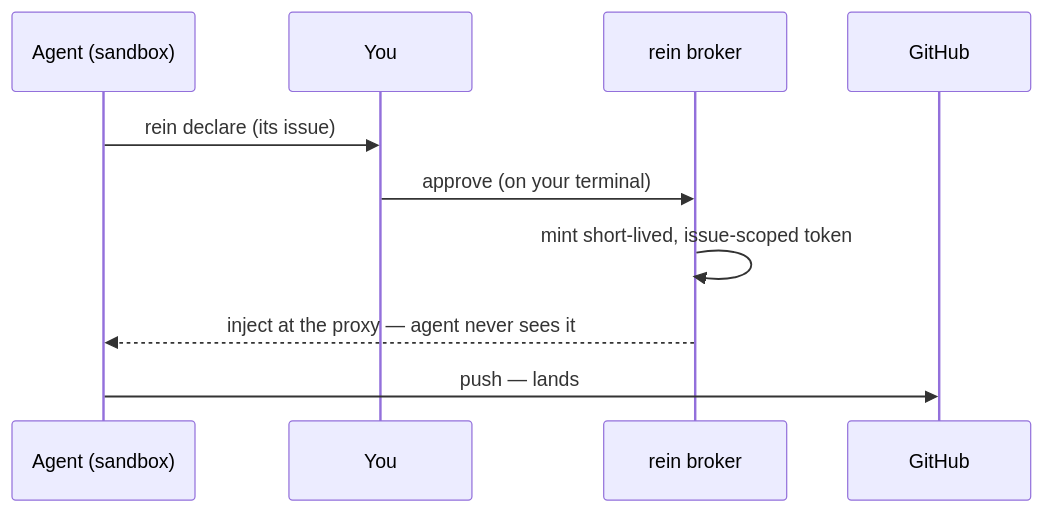
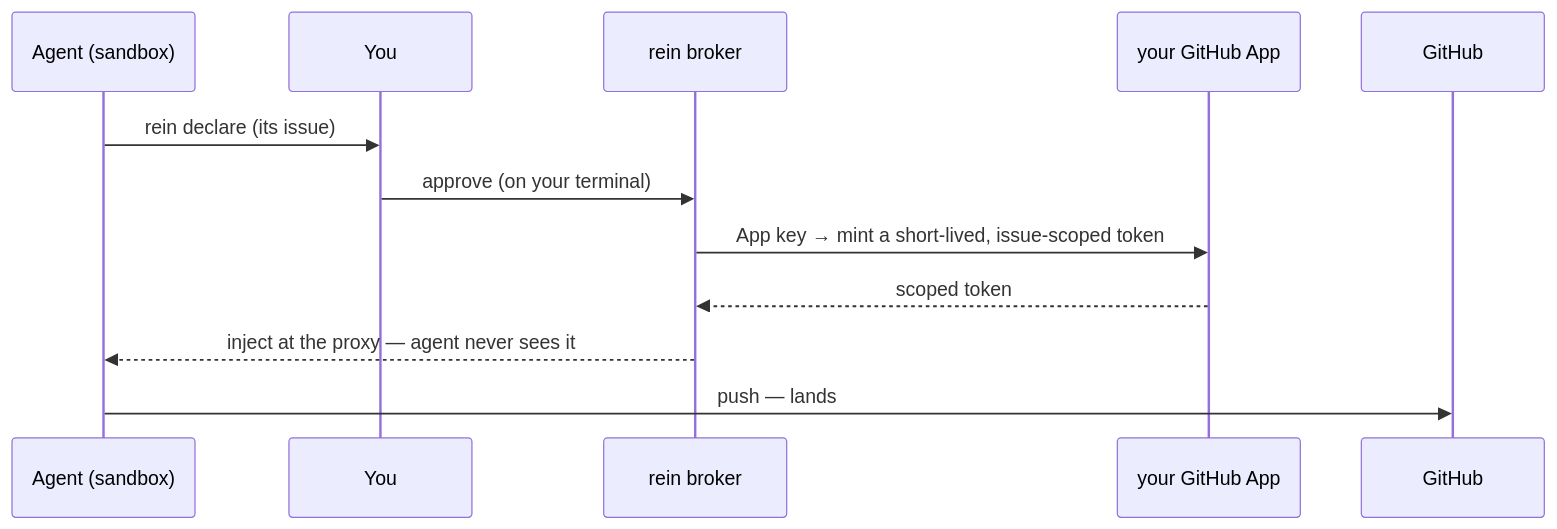
Before and after one commit to TomHennen/rein: the second of 2 diagrams in README.md, drawn with Mermaid. The commit also changed other lines of this file, not shown here.

First line of the commit message:
docs(README): put the GitHub App in the diagrams (per #98 review)

````diff
--- a/README.md
+++ b/README.md
@@ -63,12 +68,14 @@
 ```mermaid
 sequenceDiagram
   participant A as Agent (sandbox)
   participant You
   participant R as rein broker
+  participant App as your GitHub App
   participant G as GitHub
   A->>You: rein declare (its issue)
   You->>R: approve (on your terminal)
-  R->>R: mint short-lived, issue-scoped token
+  R->>App: App key → mint a short-lived, issue-scoped token
+  App-->>R: scoped token
   R-->>A: inject at the proxy — agent never sees it
   A->>G: push — lands
 ```
````
